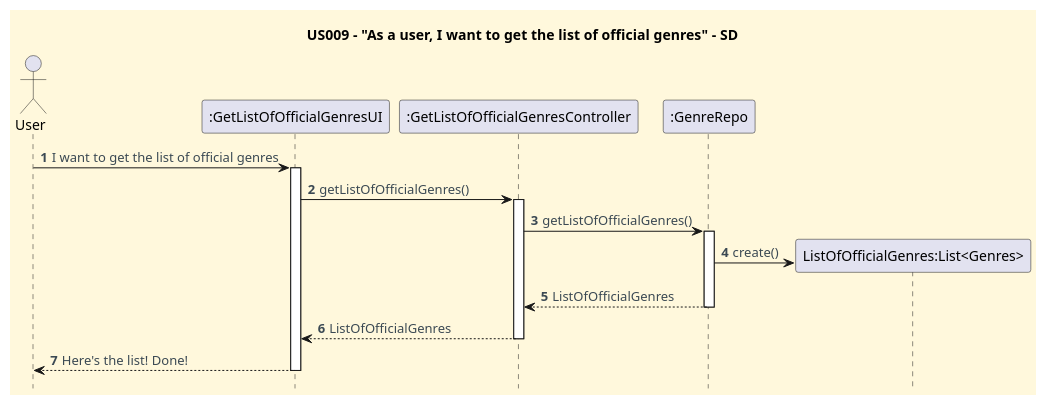
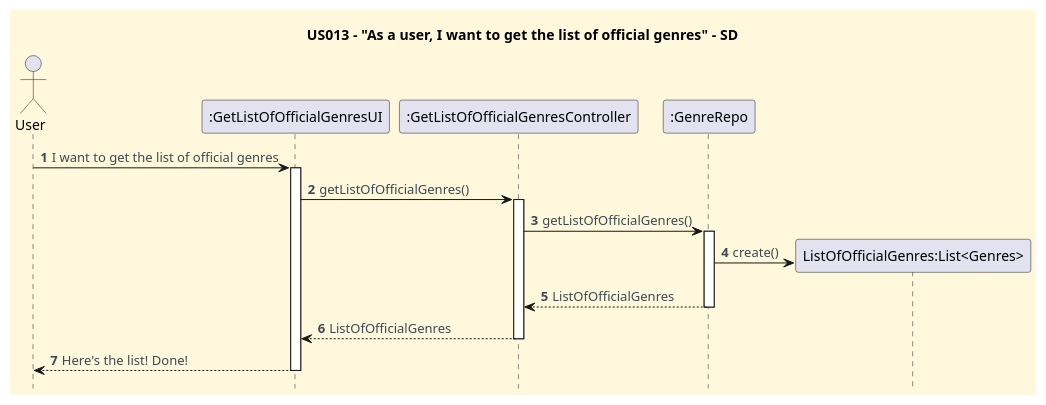
Before and after one commit to CarolinaLeite-collab/JavaMarketplacePlatform: the diagram in docs/userStories/US013/US013_get_list_of_official_genres_SD.puml, drawn with PlantUML. The commit also changed 2 other files, not shown here.

Commit message:
#187, #188 - fixed a typo in the diagrams titles

```diff
--- a/docs/userStories/US013/US013_get_list_of_official_genres_SD.puml
+++ b/docs/userStories/US013/US013_get_list_of_official_genres_SD.puml
@@ -1,47 +1,47 @@
 @startuml
-title US009 - "As a user, I want to get the list of official genres" - SD
+title US013 - "As a user, I want to get the list of official genres" - SD
 hidefootbox
 
 '==== basic style ====
 skinparam monochrome false
 skinparam shadowing false
 skinparam defaultFontName Futura
 skinparam objectFontSize 20
 skinparam backgroundColor CornSilk
 skinparam objectBackgroundColor WhiteSmoke
 skinparam noteBackgroundColor #FFFFE0
 skinparam ArrowFontColor #3B4953
 skinparam ActivationBackgroundColor black
 
 autonumber
 autoactivate off
 
 ' --- Actor and participants ---
 actor User
 participant ":GetListOfOfficialGenresUI" as UI
 participant ":GetListOfOfficialGenresController" as CTL
 participant ":GenreRepo" as GR
 
 ' --- UI interaction ---
 User -> UI: I want to get the list of official genres
 activate UI
 
 
 ' --- Use case execution ---
 UI -> CTL: getListOfOfficialGenres()
 activate CTL
 CTL -> GR: getListOfOfficialGenres()
 activate GR
 
 create "ListOfOfficialGenres:List<Genres>" as LO
 GR -> LO: create()
 
 
 GR --> CTL: ListOfOfficialGenres
 deactivate GR
 CTL --> UI: ListOfOfficialGenres
 deactivate CTL
 UI --> User: Here's the list! Done!
 deactivate UI
 
 @enduml
```
